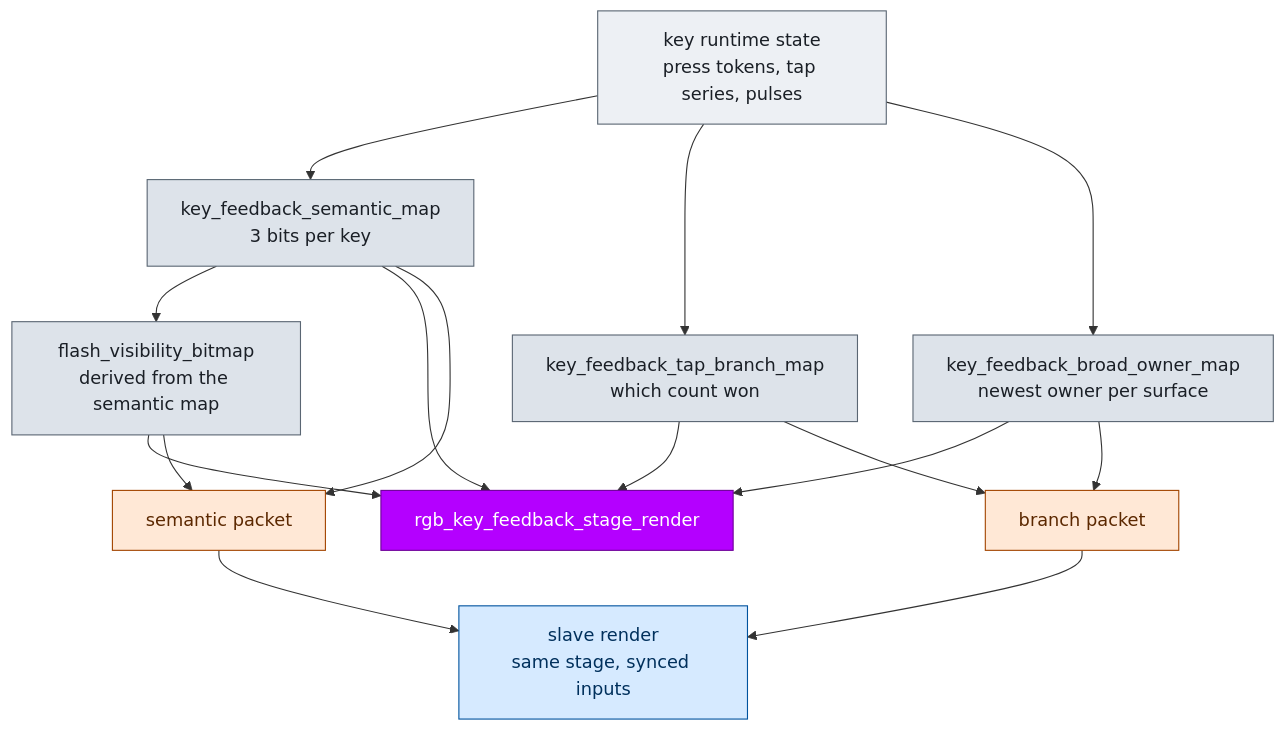
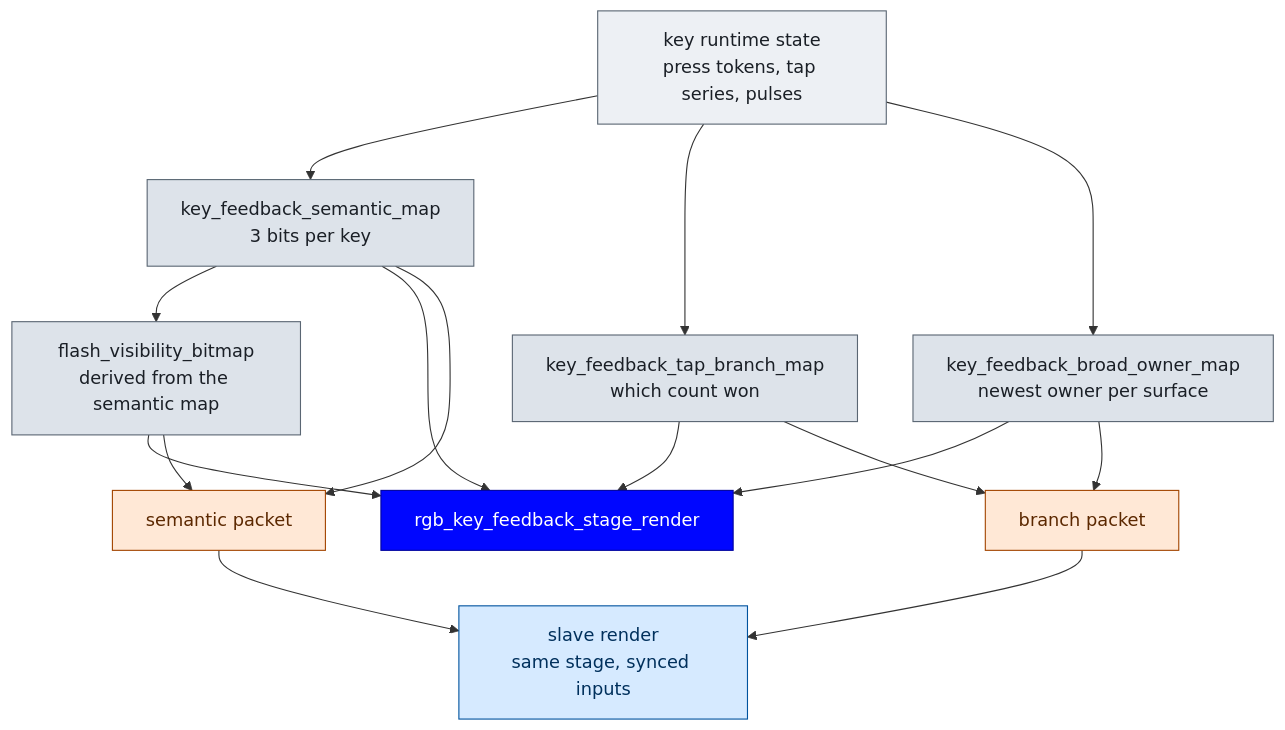
One commit to NoahCLR/charybdis-4x6 changed the second of 5 diagrams in docs/RGB_IMPLEMENTATION.md. Above: the diagram before and after it, drawn with Mermaid. The commit also changed other lines of this file and 9 other files, not shown here.

````diff
--- a/docs/RGB_IMPLEMENTATION.md
+++ b/docs/RGB_IMPLEMENTATION.md
@@ -41,30 +41,30 @@
 ```mermaid
 flowchart TD
     ENG["key runtime state<br>press tokens, tap series, pulses"]
     ENG --> SEM["key_feedback_semantic_map<br>3 bits per key"]
     ENG --> BR["key_feedback_tap_branch_map<br>which count won"]
     ENG --> OWN["key_feedback_broad_owner_map<br>newest owner per surface"]
     SEM --> FV["flash_visibility_bitmap<br>derived from the semantic map"]
 
     SEM --> RENDER["rgb_key_feedback_stage_render"]
     BR --> RENDER
     OWN --> RENDER
     FV --> RENDER
 
     SEM --> P1["semantic packet"]
     FV --> P1
     BR --> P2["branch packet"]
     OWN --> P2
     P1 --> SLAVE["slave render<br>same stage, synced inputs"]
     P2 --> SLAVE
 
     style ENG fill:#EDF0F4,stroke:#5A6673,color:#1A1F26
     style SEM fill:#DDE3EA,stroke:#5A6673,color:#1A1F26
     style BR fill:#DDE3EA,stroke:#5A6673,color:#1A1F26
     style OWN fill:#DDE3EA,stroke:#5A6673,color:#1A1F26
     style FV fill:#DDE3EA,stroke:#5A6673,color:#1A1F26
-    style RENDER fill:#B400FF,stroke:#6E0099,color:#FFFFFF
+    style RENDER fill:#0006FF,stroke:#00049E,color:#FFFFFF
     style P1 fill:#FFE8D6,stroke:#A34500,color:#5C2800
     style P2 fill:#FFE8D6,stroke:#A34500,color:#5C2800
     style SLAVE fill:#D6EAFF,stroke:#00539E,color:#00305C
 ```
````
